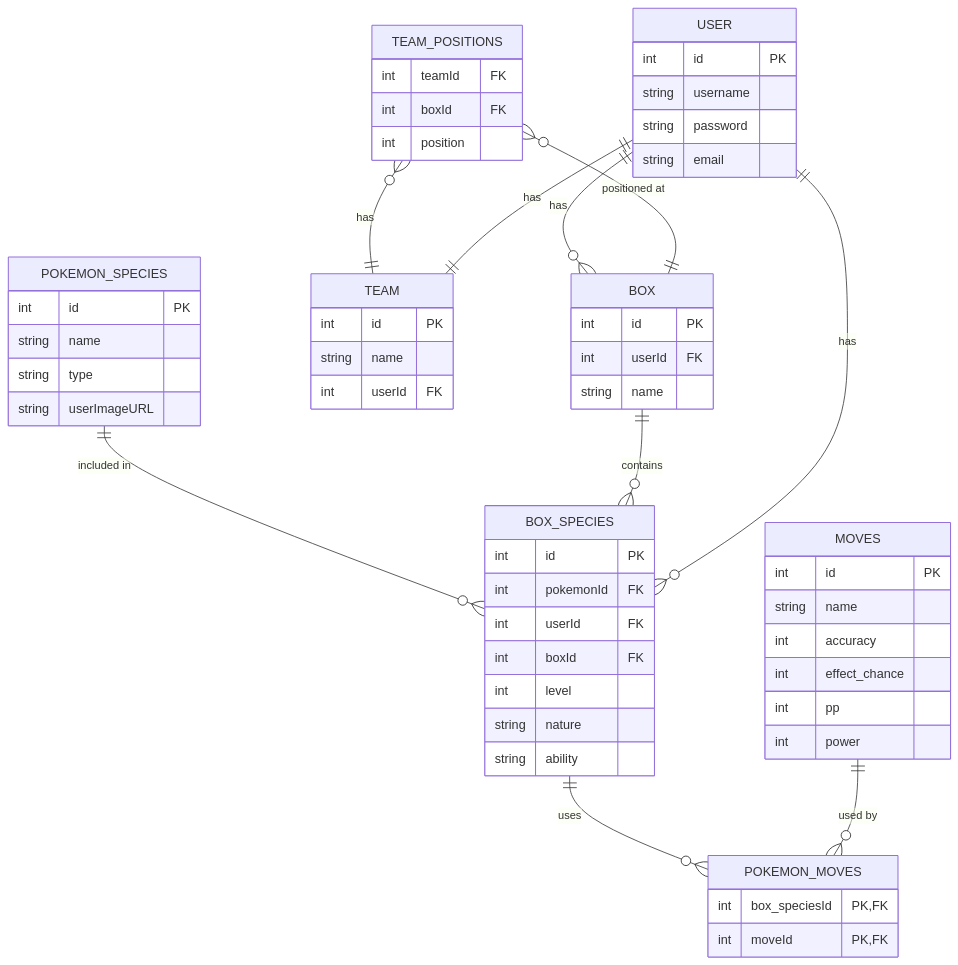
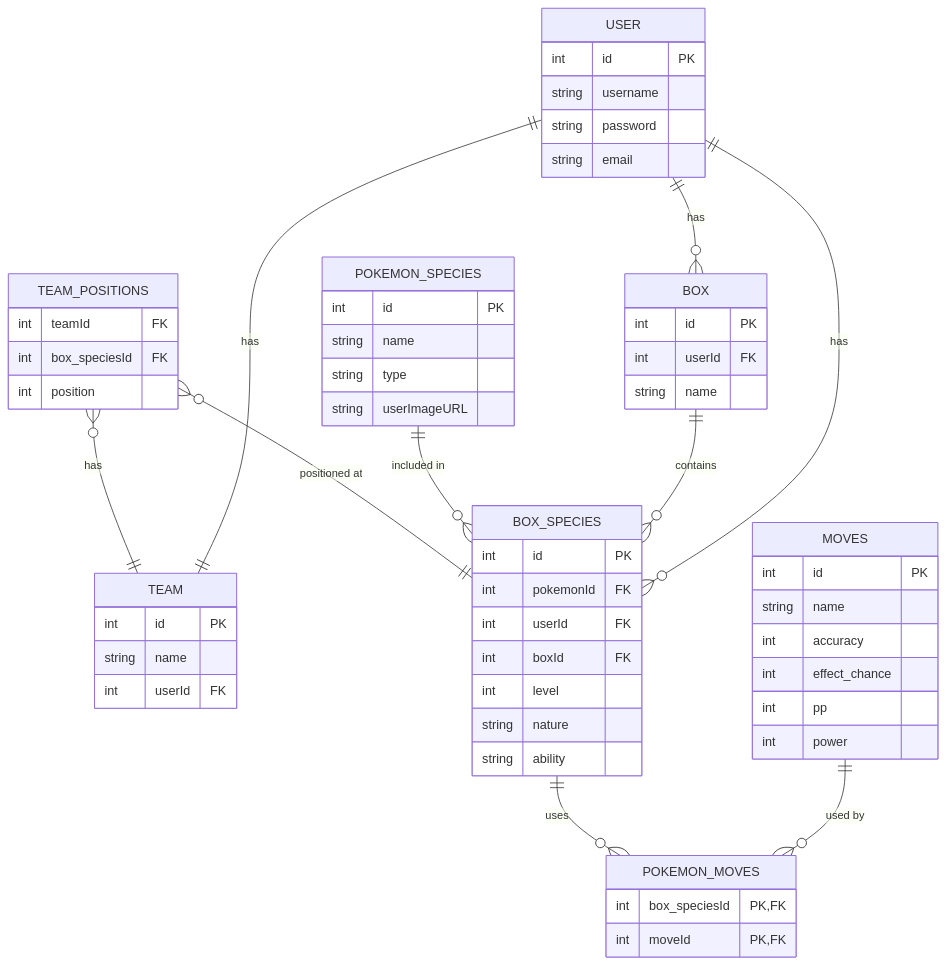
The diagram in erd.mermaid (tjklint/PokePC), drawn with Mermaid before and after one commit.

```diff
--- a/erd.mermaid
+++ b/erd.mermaid
@@ -1,66 +1,66 @@
 erDiagram
     USER ||--o{ BOX : "has"
     TEAM_POSITIONS o{--|| TEAM: "has"
-    TEAM_POSITIONS o{--|| BOX: "positioned at"
+    TEAM_POSITIONS o{--|| BOX_SPECIES: "positioned at"
     USER||--|| TEAM:"has"
     BOX_SPECIES ||--o{ POKEMON_MOVES : "uses"
     MOVES ||--o{ POKEMON_MOVES : "used by"
     POKEMON_SPECIES ||--o{ BOX_SPECIES : "included in"
     BOX ||--o{ BOX_SPECIES : "contains"
     USER ||--o{ BOX_SPECIES : "has"
 
     USER {
         int id PK
         string username
         string password
         string email
     }
 
     POKEMON_SPECIES {
         int id PK
         string name
         string type
         string userImageURL
     }
 
     BOX {
         int id PK
         int userId FK
         string name
     }
 
     BOX_SPECIES {
         int id PK
         int pokemonId FK
         int userId FK
         int boxId FK
         int level
         string nature
         string ability
     }
 
     TEAM {
         int id PK
         string name
         int userId FK
     }
 
     TEAM_POSITIONS {
         int teamId FK
-        int boxId FK
+        int box_speciesId FK
         int position
     }
 
     MOVES {
         int id PK
         string name 
         int accuracy
         int effect_chance
         int pp   
         int power
     }
 
     POKEMON_MOVES {
         int box_speciesId PK, FK
         int moveId PK, FK
     }
```
